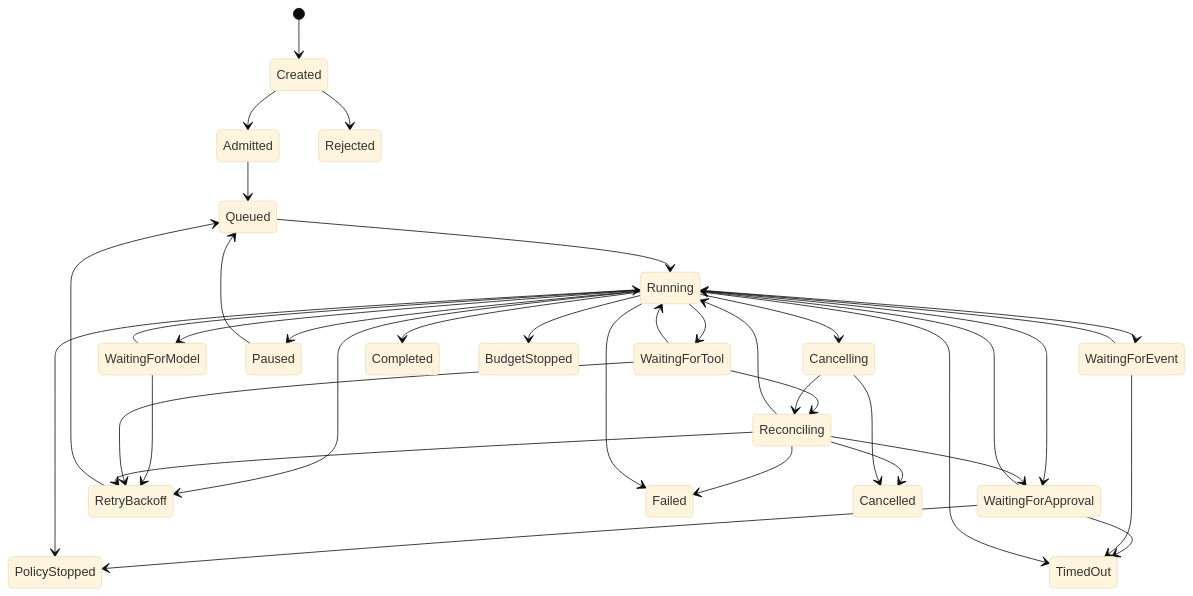
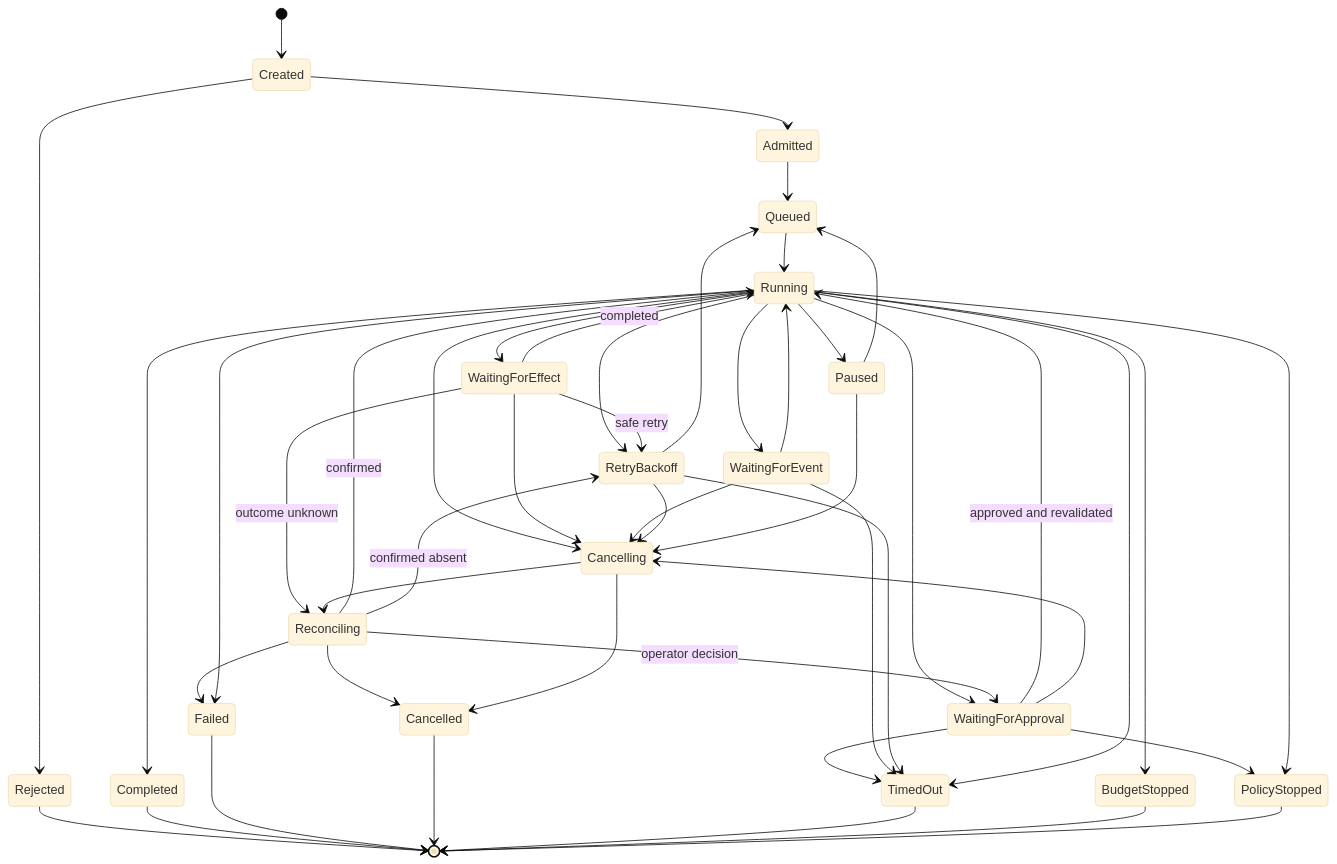
Before and after one commit to thaithienvanid/agentic-reference-architecture: the eighth of 15 diagrams in diagrams/index.mdx, drawn with Mermaid (base theme). The commit also changed other lines of this file, not shown here.

Commit message:
align diagram pack with canonical documentation and runtime model

````diff
--- a/diagrams/index.mdx
+++ b/diagrams/index.mdx
@@ -124,39 +131,58 @@
 ```mermaid
 stateDiagram-v2
   [*] --> Created
   Created --> Admitted
   Created --> Rejected
   Admitted --> Queued
   Queued --> Running
-  Running --> WaitingForModel
-  Running --> WaitingForTool
+
+  Running --> WaitingForEffect
   Running --> WaitingForApproval
   Running --> WaitingForEvent
   Running --> RetryBackoff
   Running --> Paused
   Running --> Cancelling
-  WaitingForModel --> Running
-  WaitingForModel --> RetryBackoff
-  WaitingForTool --> Running
-  WaitingForTool --> RetryBackoff
-  WaitingForTool --> Reconciling
-  Reconciling --> Running
-  Reconciling --> RetryBackoff
-  Reconciling --> WaitingForApproval
+
+  WaitingForEffect --> Running: completed
+  WaitingForEffect --> RetryBackoff: safe retry
+  WaitingForEffect --> Reconciling: outcome unknown
+  WaitingForEffect --> Cancelling
+
+  Reconciling --> Running: confirmed
+  Reconciling --> RetryBackoff: confirmed absent
+  Reconciling --> WaitingForApproval: operator decision
   Reconciling --> Failed
   Reconciling --> Cancelled
-  WaitingForApproval --> Running
+
+  WaitingForApproval --> Running: approved and revalidated
   WaitingForApproval --> PolicyStopped
   WaitingForApproval --> TimedOut
+  WaitingForApproval --> Cancelling
+
   WaitingForEvent --> Running
   WaitingForEvent --> TimedOut
+  WaitingForEvent --> Cancelling
+
   RetryBackoff --> Queued
+  RetryBackoff --> TimedOut
+  RetryBackoff --> Cancelling
+
   Paused --> Queued
+  Paused --> Cancelling
   Cancelling --> Cancelled
   Cancelling --> Reconciling
+
   Running --> Completed
   Running --> Failed
   Running --> TimedOut
   Running --> BudgetStopped
   Running --> PolicyStopped
+
+  Rejected --> [*]
+  Completed --> [*]
+  Failed --> [*]
+  Cancelled --> [*]
+  TimedOut --> [*]
+  BudgetStopped --> [*]
+  PolicyStopped --> [*]
 ```
````
